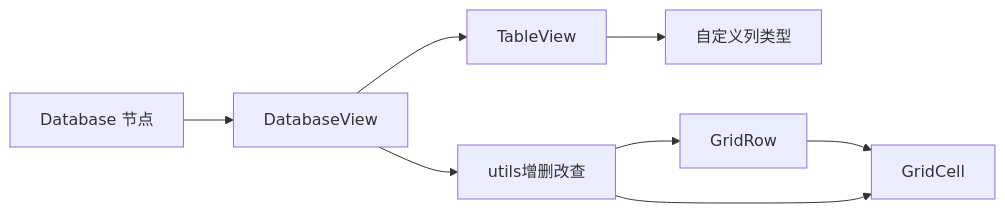
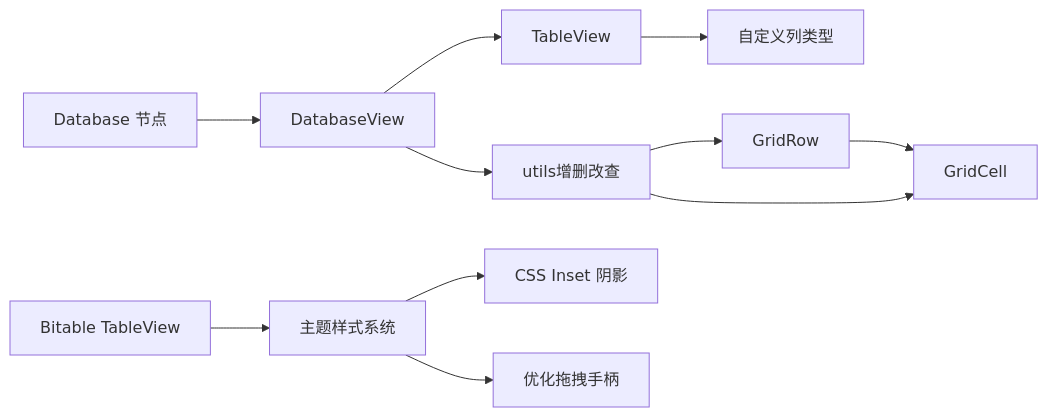
Before and after one commit to LRF0422/Kotion: the seventh of 7 diagrams in .qoder/repowiki/zh/content/功能模块/数据库插件/表格视图.md, drawn with Mermaid. The commit also changed other lines of this file and 34 other files, not shown here.

````diff
--- a/.qoder/repowiki/zh/content/功能模块/数据库插件/表格视图.md
+++ b/.qoder/repowiki/zh/content/功能模块/数据库插件/表格视图.md
@@ -296,10 +383,13 @@
 ```mermaid
 graph LR
 DV["DatabaseView"] --> TV["TableView"]
 TV --> DC["自定义列类型"]
 DV --> UT["utils增删改查"]
 DB["Database 节点"] --> DV
 GR["GridRow"] --> GC["GridCell"]
 UT --> GR
 UT --> GC
+BITABLE["Bitable TableView"] --> THEME["主题样式系统"]
+THEME --> CSS["CSS Inset 阴影"]
+THEME --> HANDLE["优化拖拽手柄"]
 ```
````
